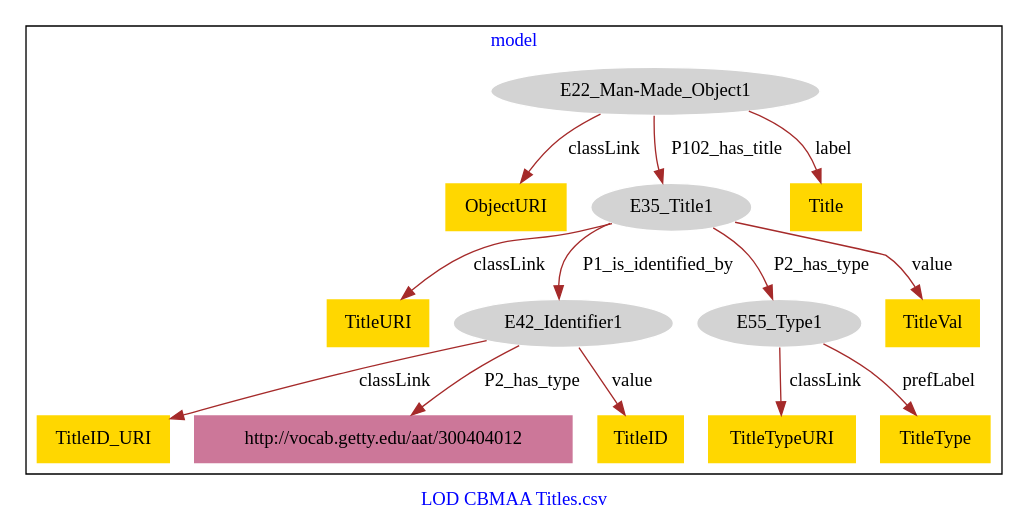
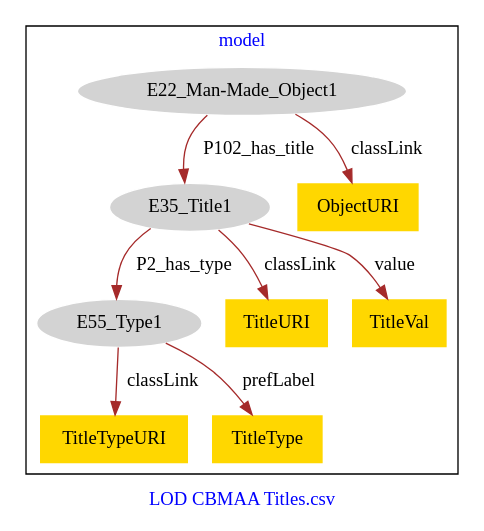
The diagram in CBMAA_Titles/CBMAA_OtherTitles-model.dot (american-art/cbm), drawn with Graphviz before and after one commit.

Commit message:
Update file CBMAA_OtherTitles-model.dot

```diff
--- a/CBMAA_Titles/CBMAA_OtherTitles-model.dot
+++ b/CBMAA_Titles/CBMAA_OtherTitles-model.dot
@@ -1,33 +1,23 @@
 digraph n0 {
 fontcolor="blue"
 remincross="true"
 label="LOD CBMAA Titles.csv"
 subgraph cluster {
 label="model"
 n2[style="filled",color="white",fillcolor="lightgray",label="E22_Man-Made_Object1"];
-n3[shape="plaintext",style="filled",fillcolor="gold",label="ObjectURI"];
-n4[style="filled",color="white",fillcolor="lightgray",label="E35_Title1"];
-n5[shape="plaintext",style="filled",fillcolor="gold",label="Title"];
+n3[style="filled",color="white",fillcolor="lightgray",label="E35_Title1"];
+n4[style="filled",color="white",fillcolor="lightgray",label="E55_Type1"];
+n5[shape="plaintext",style="filled",fillcolor="gold",label="TitleTypeURI"];
 n6[shape="plaintext",style="filled",fillcolor="gold",label="TitleURI"];
-n7[style="filled",color="white",fillcolor="lightgray",label="E42_Identifier1"];
-n8[style="filled",color="white",fillcolor="lightgray",label="E55_Type1"];
+n7[shape="plaintext",style="filled",fillcolor="gold",label="ObjectURI"];
+n8[shape="plaintext",style="filled",fillcolor="gold",label="TitleType"];
 n9[shape="plaintext",style="filled",fillcolor="gold",label="TitleVal"];
-n10[shape="plaintext",style="filled",fillcolor="gold",label="TitleID_URI"];
-n11[shape="plaintext",style="filled",fillcolor="#CC7799",label="http://vocab.getty.edu/aat/300404012"];
-n12[shape="plaintext",style="filled",fillcolor="gold",label="TitleID"];
-n13[shape="plaintext",style="filled",fillcolor="gold",label="TitleTypeURI"];
-n14[shape="plaintext",style="filled",fillcolor="gold",label="TitleType"];
 }
-n2 -> n3[color="brown",fontcolor="black",label="classLink"]
-n2 -> n4[color="brown",fontcolor="black",label="P102_has_title"]
-n2 -> n5[color="brown",fontcolor="black",label="label"]
-n4 -> n6[color="brown",fontcolor="black",label="classLink"]
-n4 -> n7[color="brown",fontcolor="black",label="P1_is_identified_by"]
-n4 -> n8[color="brown",fontcolor="black",label="P2_has_type"]
-n4 -> n9[color="brown",fontcolor="black",label="value"]
-n7 -> n10[color="brown",fontcolor="black",label="classLink"]
-n7 -> n11[color="brown",fontcolor="black",label="P2_has_type"]
-n7 -> n12[color="brown",fontcolor="black",label="value"]
-n8 -> n13[color="brown",fontcolor="black",label="classLink"]
-n8 -> n14[color="brown",fontcolor="black",label="prefLabel"]
+n2 -> n3[color="brown",fontcolor="black",label="P102_has_title"]
+n3 -> n4[color="brown",fontcolor="black",label="P2_has_type"]
+n4 -> n5[color="brown",fontcolor="black",label="classLink"]
+n3 -> n6[color="brown",fontcolor="black",label="classLink"]
+n2 -> n7[color="brown",fontcolor="black",label="classLink"]
+n4 -> n8[color="brown",fontcolor="black",label="prefLabel"]
+n3 -> n9[color="brown",fontcolor="black",label="value"]
 }
```
